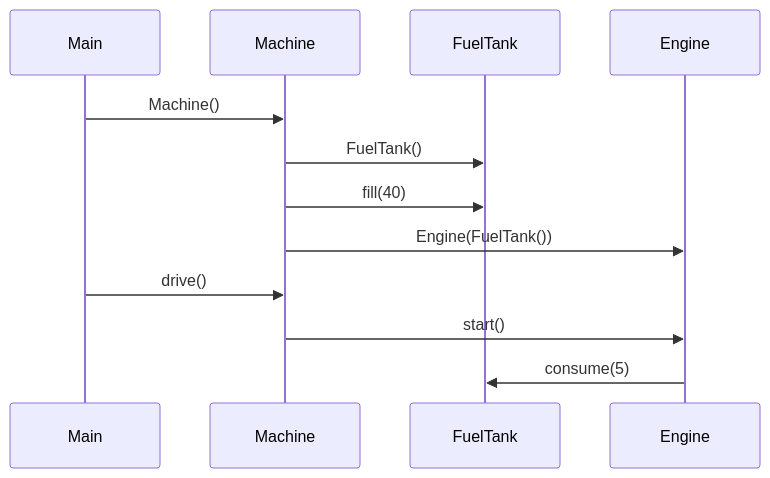
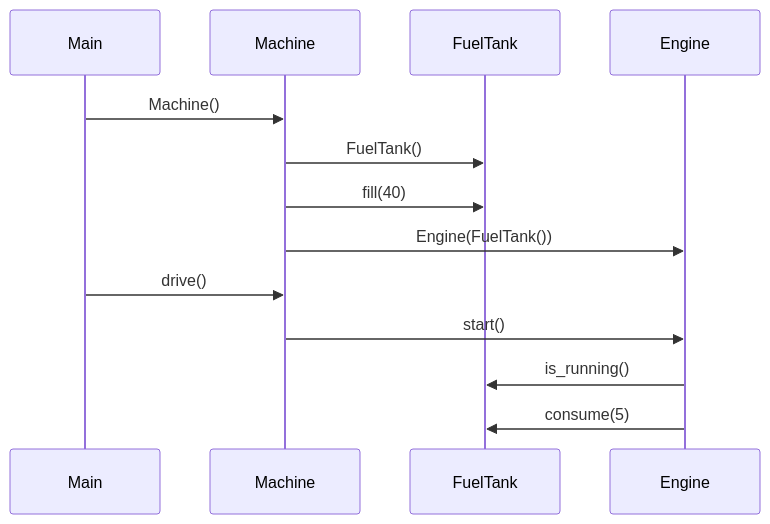
One commit to phuvio/ot-harjoitustyo changed the diagram in laskarit/viikko3/sekvenssikaavio.md. Above: the diagram before and after it, drawn with Mermaid.

````diff
--- a/laskarit/viikko3/sekvenssikaavio.md
+++ b/laskarit/viikko3/sekvenssikaavio.md
@@ -3,14 +3,15 @@
 ```mermaid
  sequenceDiagram
    participant P as Main
    participant M as Machine
    participant F as FuelTank
    participant E as Engine
    P->>M: Machine()
    M->>F: FuelTank()
    M->>F: fill(40)
    M->>E: Engine(FuelTank())
    P->>M: drive()
    M->>E: start()
+   E->>F: is_running()
    E->>F: consume(5)
 ```
````
